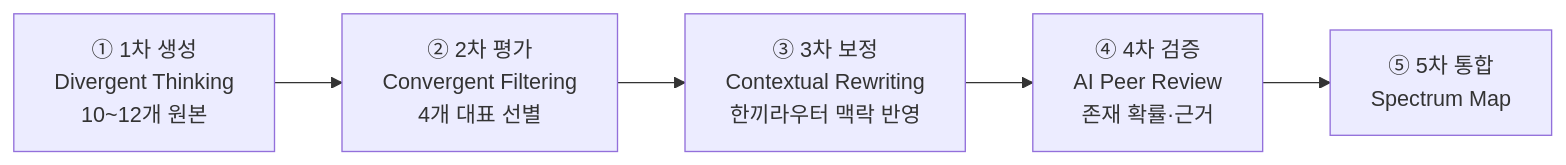
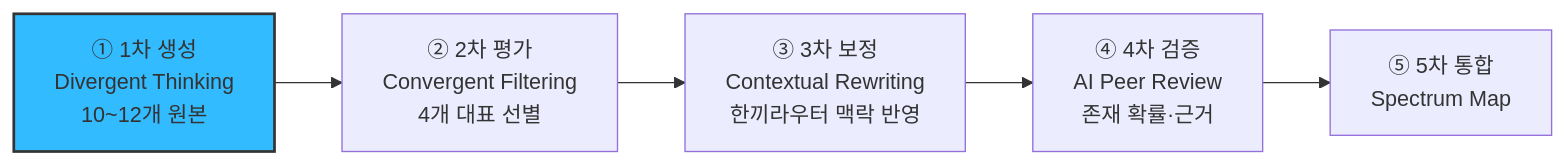
The third of 4 diagrams in 05.persona-journey-map/1인가구한끼해결-페르소나여정/00-방법론.md (soobworks/business-research-practice), drawn with Mermaid before and after one commit. The commit also changed other lines of this file and 2 other files, not shown here.

````diff
--- a/05.persona-journey-map/1인가구한끼해결-페르소나여정/00-방법론.md
+++ b/05.persona-journey-map/1인가구한끼해결-페르소나여정/00-방법론.md
@@ -65,7 +69,9 @@
 ```mermaid
 flowchart LR
     S1["① 1차 생성<br>Divergent Thinking<br>10~12개 원본"] --> S2["② 2차 평가<br>Convergent Filtering<br>4개 대표 선별"]
     S2 --> S3["③ 3차 보정<br>Contextual Rewriting<br>한끼라우터 맥락 반영"]
     S3 --> S4["④ 4차 검증<br>AI Peer Review<br>존재 확률·근거"]
     S4 --> S5["⑤ 5차 통합<br>Spectrum Map"]
+
+    style S1 fill:#33BBFF,stroke:#333,stroke-width:2px
 ```
````
